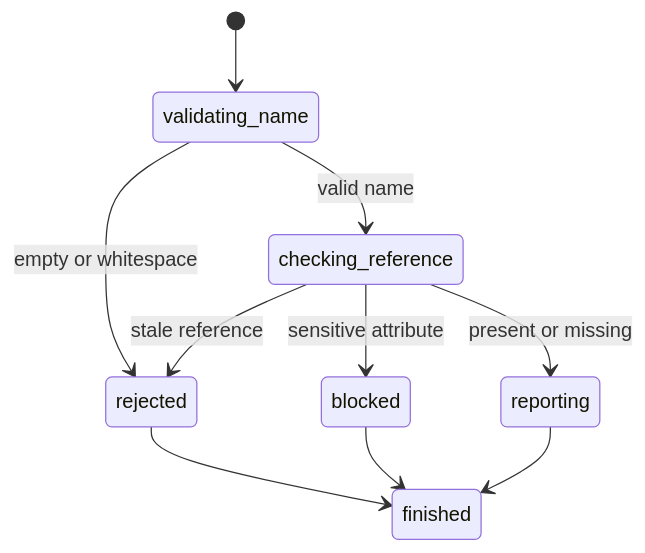
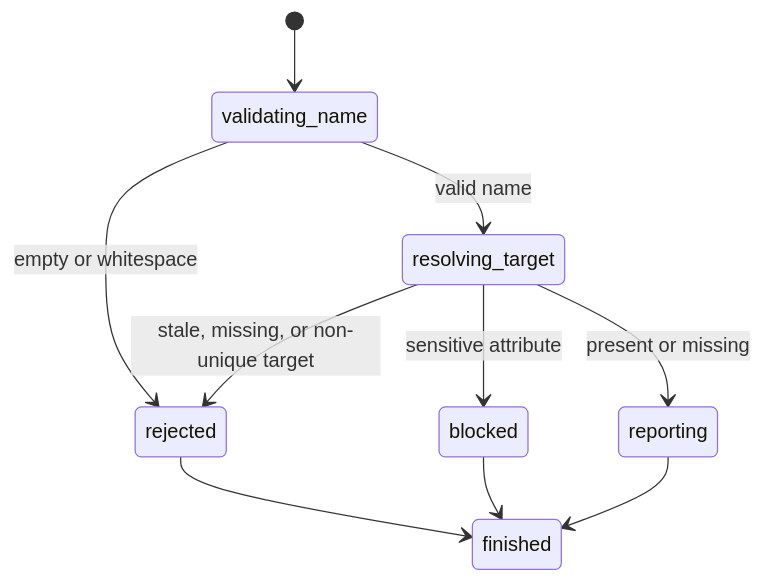
The diagram in inspection/read-attribute.md (thoriqakbar0/browser.jr), drawn with Mermaid before and after one commit. The commit also changed other lines of this file and 45 other files, not shown here.

````diff
--- a/inspection/read-attribute.md
+++ b/inspection/read-attribute.md
@@ -19,12 +19,12 @@
 ```mermaid
 stateDiagram-v2
     [*] --> validating_name
     validating_name --> rejected : empty or whitespace
-    validating_name --> checking_reference : valid name
-    checking_reference --> rejected : stale reference
-    checking_reference --> blocked : sensitive attribute
-    checking_reference --> reporting : present or missing
+    validating_name --> resolving_target : valid name
+    resolving_target --> rejected : stale, missing, or non-unique target
+    resolving_target --> blocked : sensitive attribute
+    resolving_target --> reporting : present or missing
     reporting --> finished
     blocked --> finished
     rejected --> finished
 ```
````
